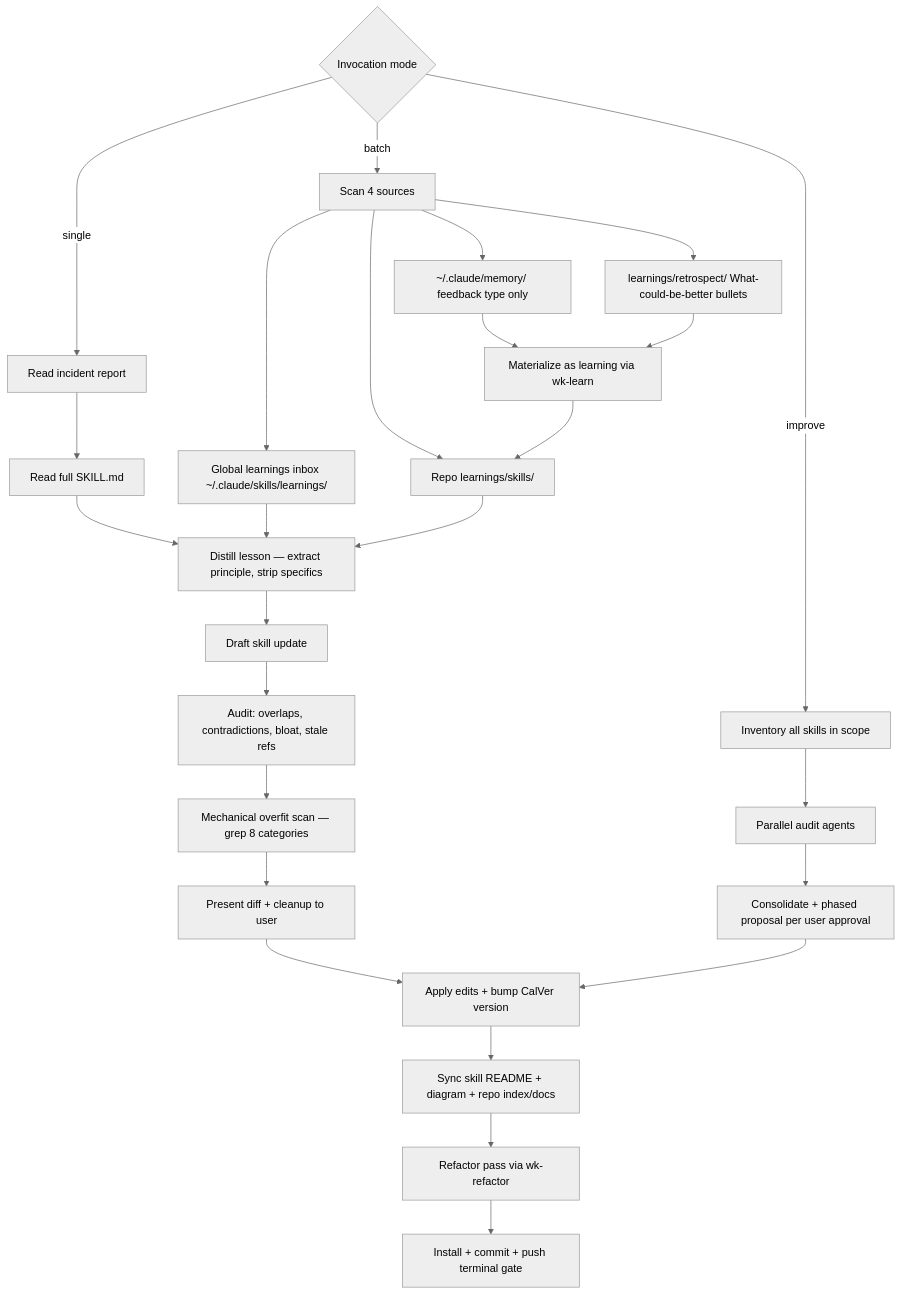
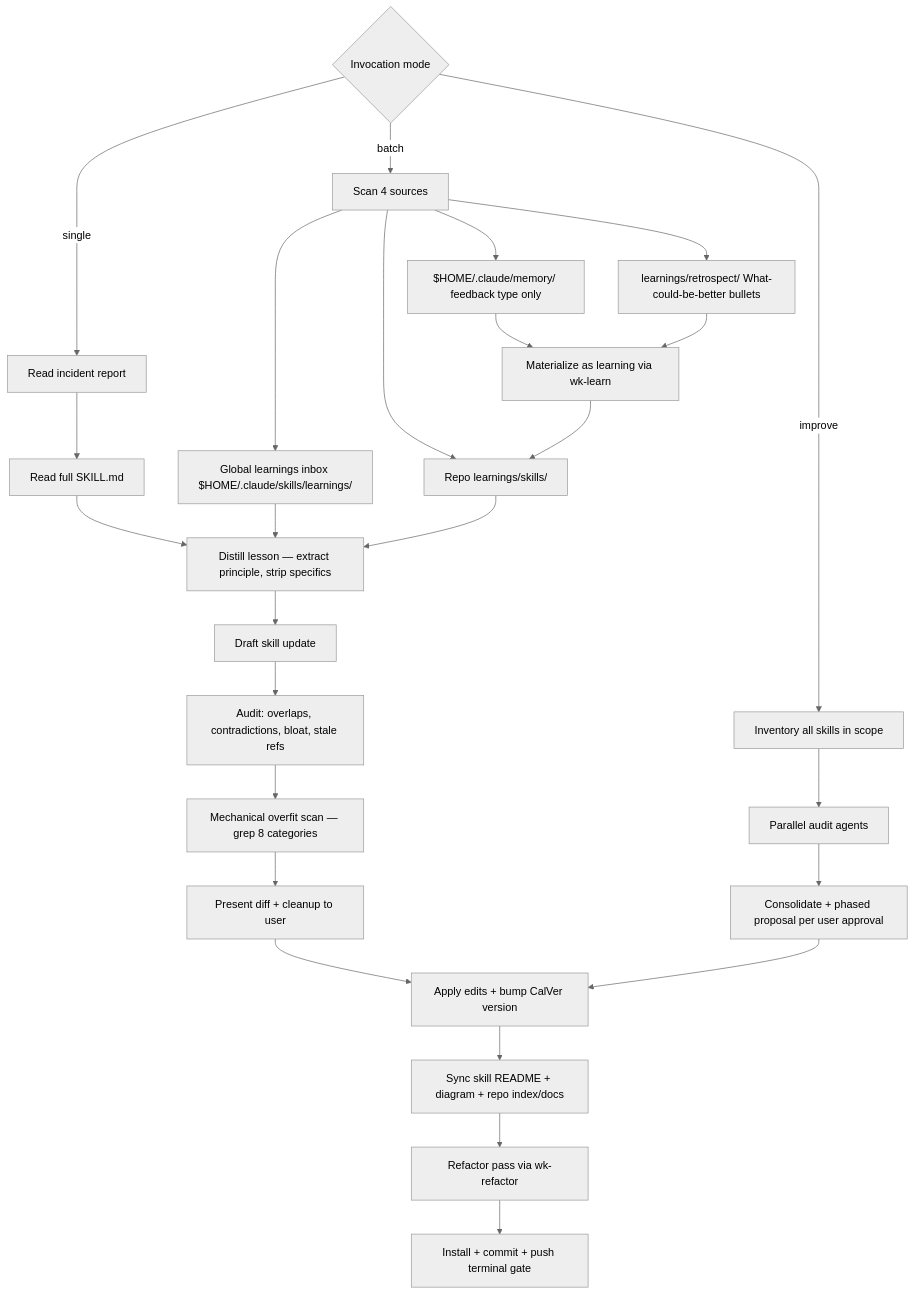
The diagram in skills/sharpen/README.md (whizzzkid/skills), drawn with Mermaid (neutral theme) before and after one commit. The commit also changed other lines of this file and 161 other files, not shown here.

````diff
--- a/skills/sharpen/README.md
+++ b/skills/sharpen/README.md
@@ -16,28 +16,28 @@
 ```mermaid
 flowchart TD
     A{Invocation mode} -->|single| B[Read incident report]
     A -->|batch| G[Scan 4 sources]
     A -->|improve| K[Inventory all skills in scope]
     B --> C[Read full SKILL.md]
     C --> D[Distill lesson — extract principle, strip specifics]
     D --> E[Draft skill update]
     E --> F[Audit: overlaps, contradictions, bloat, stale refs]
     F --> F2[Mechanical overfit scan — grep 8 categories]
     F2 --> P[Present diff + cleanup to user]
     P --> Q[Apply edits + bump CalVer version]
     Q --> Q2[Sync skill README + diagram + repo index/docs]
     Q2 --> R[Refactor pass via wk-refactor]
     R --> S[Install + commit + push terminal gate]
-    G --> G1[Global learnings inbox ~/.claude/skills/learnings/]
+    G --> G1[Global learnings inbox $HOME/.claude/skills/learnings/]
     G --> G2[Repo learnings/skills/]
-    G --> G3[~/.claude/memory/ feedback type only]
+    G --> G3[$HOME/.claude/memory/ feedback type only]
     G --> G4[learnings/retrospect/ What-could-be-better bullets]
     G3 --> GM[Materialize as learning via wk-learn]
     G4 --> GM
     GM --> G2
     G1 & G2 --> D
     K --> L[Parallel audit agents]
     L --> M[Consolidate + phased proposal per user approval]
     M --> Q
     click R href "../refactor/README.md" _blank
 ```
````
